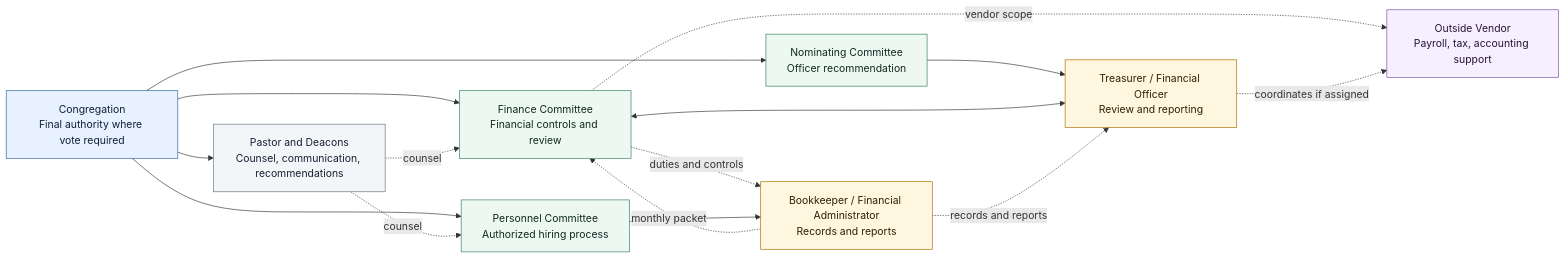
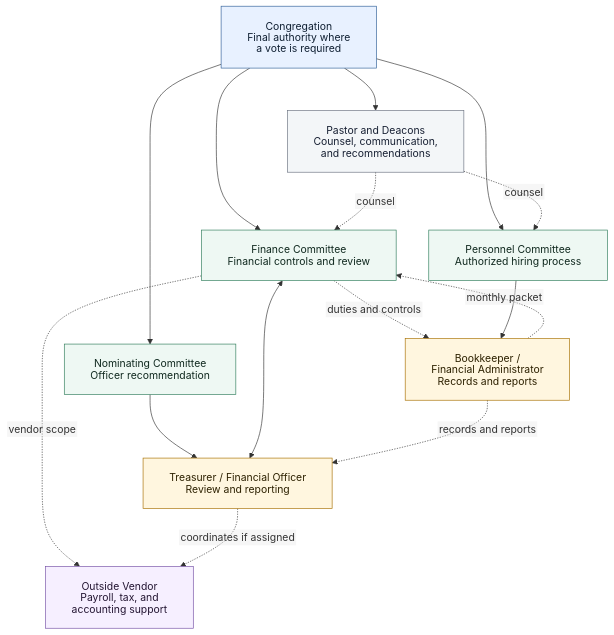
One commit to coryd3/kbc-financial-operations changed the second of 2 diagrams in docs/governance/church-organization-chart.md. Above: the diagram before and after it, drawn with Mermaid. The commit also changed other lines of this file and 6 other files, not shown here.

Commit message:
Improve diagram and matrix readability

````diff
--- a/docs/governance/church-organization-chart.md
+++ b/docs/governance/church-organization-chart.md
@@ -75,39 +75,39 @@
 ```mermaid
-%%{init: {"flowchart": {"curve": "basis", "nodeSpacing": 42, "rankSpacing": 55, "padding": 16}}}%%
-flowchart LR
-    Congregation["Congregation<br/>Final authority where vote required"]
+%%{init: {"htmlLabels": false, "flowchart": {"curve": "basis", "nodeSpacing": 48, "rankSpacing": 65, "padding": 20, "wrappingWidth": 220}}}%%
+flowchart TB
+    Congregation["Congregation<br/>Final authority where<br/>a vote is required"]
     Nominating["Nominating Committee<br/>Officer recommendation"]
     Treasurer["Treasurer / Financial Officer<br/>Review and reporting"]
     Finance["Finance Committee<br/>Financial controls and review"]
     Personnel["Personnel Committee<br/>Authorized hiring process"]
-    Bookkeeper["Bookkeeper / Financial Administrator<br/>Records and reports"]
-    PastorDeacons["Pastor and Deacons<br/>Counsel, communication, recommendations"]
-    Vendor["Outside Vendor<br/>Payroll, tax, accounting support"]
+    Bookkeeper["Bookkeeper /<br/>Financial Administrator<br/>Records and reports"]
+    PastorDeacons["Pastor and Deacons<br/>Counsel, communication,<br/>and recommendations"]
+    Vendor["Outside Vendor<br/>Payroll, tax, and<br/>accounting support"]
 
     Congregation --> Nominating
     Nominating --> Treasurer
     Congregation --> Finance
     Congregation --> Personnel
     Congregation --> PastorDeacons
 
     Finance <--> Treasurer
     Finance -. duties and controls .-> Bookkeeper
     Personnel --> Bookkeeper
     Bookkeeper -. records and reports .-> Treasurer
     Bookkeeper -. monthly packet .-> Finance
     Finance -. vendor scope .-> Vendor
     Treasurer -. coordinates if assigned .-> Vendor
     PastorDeacons -. counsel .-> Finance
     PastorDeacons -. counsel .-> Personnel
 
     classDef authority fill:#e8f1ff,stroke:#2f5f98,color:#102033,stroke-width:1px;
     classDef committee fill:#eef8f3,stroke:#2f7d5b,color:#10291f,stroke-width:1px;
     classDef operations fill:#fff6df,stroke:#a76f00,color:#2d2100,stroke-width:1px;
     classDef support fill:#f3f6f8,stroke:#6b7280,color:#172033,stroke-width:1px;
     classDef vendor fill:#f6efff,stroke:#7551a6,color:#241633,stroke-width:1px;
     class Congregation authority;
     class Nominating,Finance,Personnel committee;
     class Treasurer,Bookkeeper operations;
     class PastorDeacons support;
     class Vendor vendor;
 ```
````
